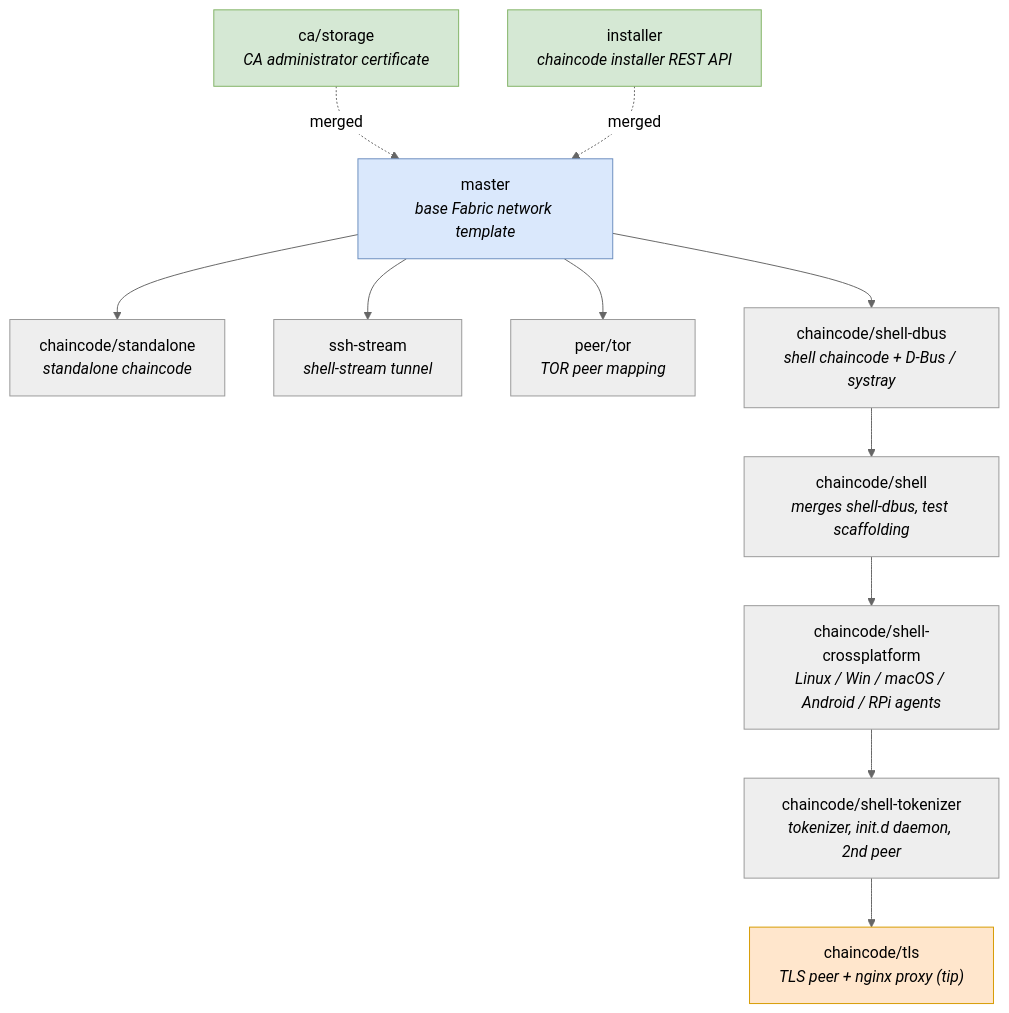
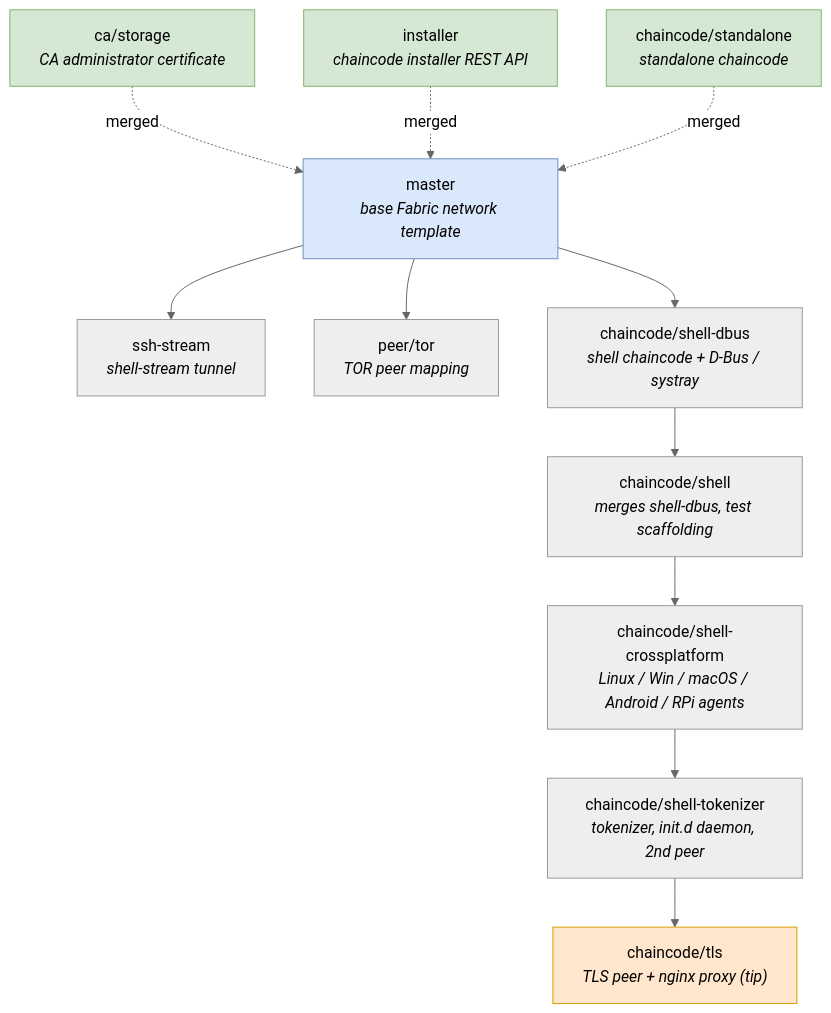
Before and after one commit to andrewmikhailov/hyperledger-fabric-workspace: the diagram in documentation/branches.md, drawn with Mermaid (neutral theme). The commit also changed other lines of this file and 5 other files, not shown here.

First line of the commit message:
1. Added unit tests for the standalone chaincode and updated the branch map.

````diff
--- a/documentation/branches.md
+++ b/documentation/branches.md
@@ -9,29 +9,29 @@
 ```mermaid
 flowchart TD
     master["master<br/><i>base Fabric network template</i>"]
 
     %% Merged back into master
     ca["ca/storage<br/><i>CA administrator certificate</i>"]
     installer["installer<br/><i>chaincode installer REST API</i>"]
     ca -. merged .-> master
     installer -. merged .-> master
 
     %% Side explorations off master
-    master --> standalone["chaincode/standalone<br/><i>standalone chaincode</i>"]
+    standalone["chaincode/standalone<br/><i>standalone chaincode</i>"] -. merged .-> master
     master --> ssh["ssh-stream<br/><i>shell-stream tunnel</i>"]
     master --> tor["peer/tor<br/><i>TOR peer mapping</i>"]
 
     %% Shell agent mainline
     master --> dbus["chaincode/shell-dbus<br/><i>shell chaincode + D-Bus / systray</i>"]
     dbus --> shell["chaincode/shell<br/><i>merges shell-dbus, test scaffolding</i>"]
     shell --> cross["chaincode/shell-crossplatform<br/><i>Linux / Win / macOS / Android / RPi agents</i>"]
     cross --> tok["chaincode/shell-tokenizer<br/><i>tokenizer, init.d daemon, 2nd peer</i>"]
     tok --> tls["chaincode/tls<br/><i>TLS peer + nginx proxy (tip)</i>"]
 
     classDef merged fill:#d5e8d4,stroke:#82b366;
     classDef base fill:#dae8fc,stroke:#6c8ebf;
     classDef tip fill:#ffe6cc,stroke:#d79b00;
-    class ca,installer merged;
+    class ca,installer,standalone merged;
     class master base;
     class tls tip;
 ```
````
